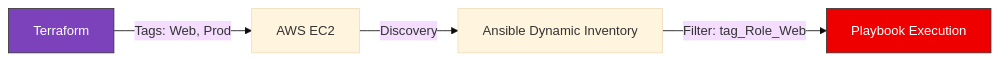
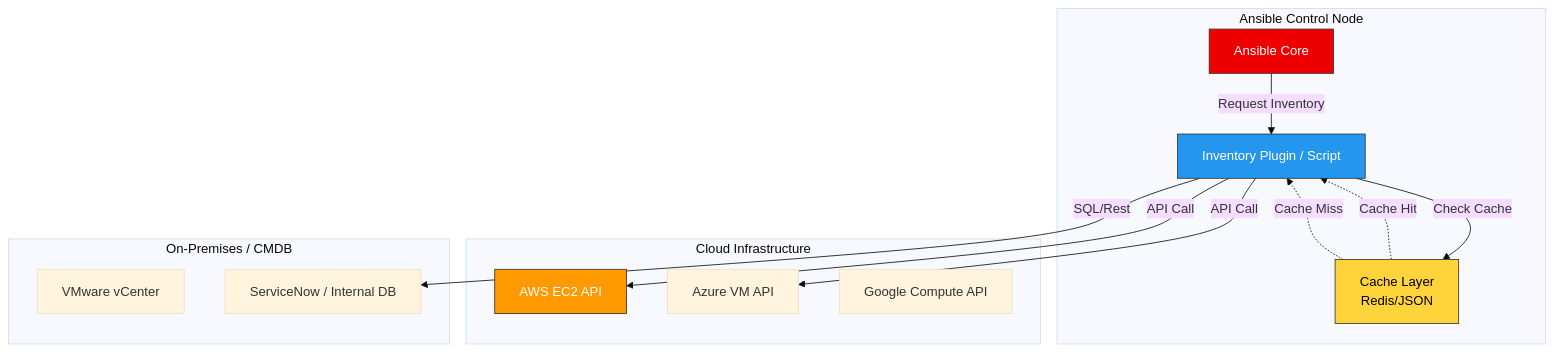
The diagram in 1-Beginner/02-Phase-2/01-Automation/06-Ansible-Dynamic-Inventory/README.md (Ganil151/Devops), drawn with Mermaid (base theme) before and after one commit. The commit also changed other lines of this file and 62 other files, not shown here.

````diff
--- a/1-Beginner/02-Phase-2/01-Automation/06-Ansible-Dynamic-Inventory/README.md
+++ b/1-Beginner/02-Phase-2/01-Automation/06-Ansible-Dynamic-Inventory/README.md
@@ -38,9 +23,32 @@
 ```mermaid
-graph LR
-    A[Terraform] -- Tags: Web, Prod --> B[AWS EC2]
-    B -- Discovery --> C[Ansible Dynamic Inventory]
-    C -- Filter: tag_Role_Web --> D[Playbook Execution]
-    
-    style A fill:#7b42bc,stroke:#333,color:#fff
-    style D fill:#ee0000,stroke:#333,color:#fff
+graph TD
+    subgraph Ansible_Control_Node [Ansible Control Node]
+        A[Ansible Core]
+        P[Inventory Plugin / Script]
+        C[Cache Layer <br/> Redis/JSON]
+    end
+
+    subgraph Cloud_Providers [Cloud Infrastructure]
+        AWS[AWS EC2 API]
+        Azure[Azure VM API]
+        GCP[Google Compute API]
+    end
+
+    subgraph OnPrem [On-Premises / CMDB]
+        VMware[VMware vCenter]
+        CMDB[ServiceNow / Internal DB]
+    end
+
+    A -- Request Inventory --> P
+    P -- Check Cache --> C
+    C -. Cache Hit .-> P
+    C -. Cache Miss .-> P
+    P -- API Call --> AWS
+    P -- API Call --> Azure
+    P -- SQL/Rest --> CMDB
+
+    style A fill:#ee0000,stroke:#333,color:#fff
+    style P fill:#2496ed,stroke:#333,color:#fff
+    style C fill:#ffd43b,stroke:#333,color:#000
+    style AWS fill:#ff9900,stroke:#333,color:#fff
 ```
````
